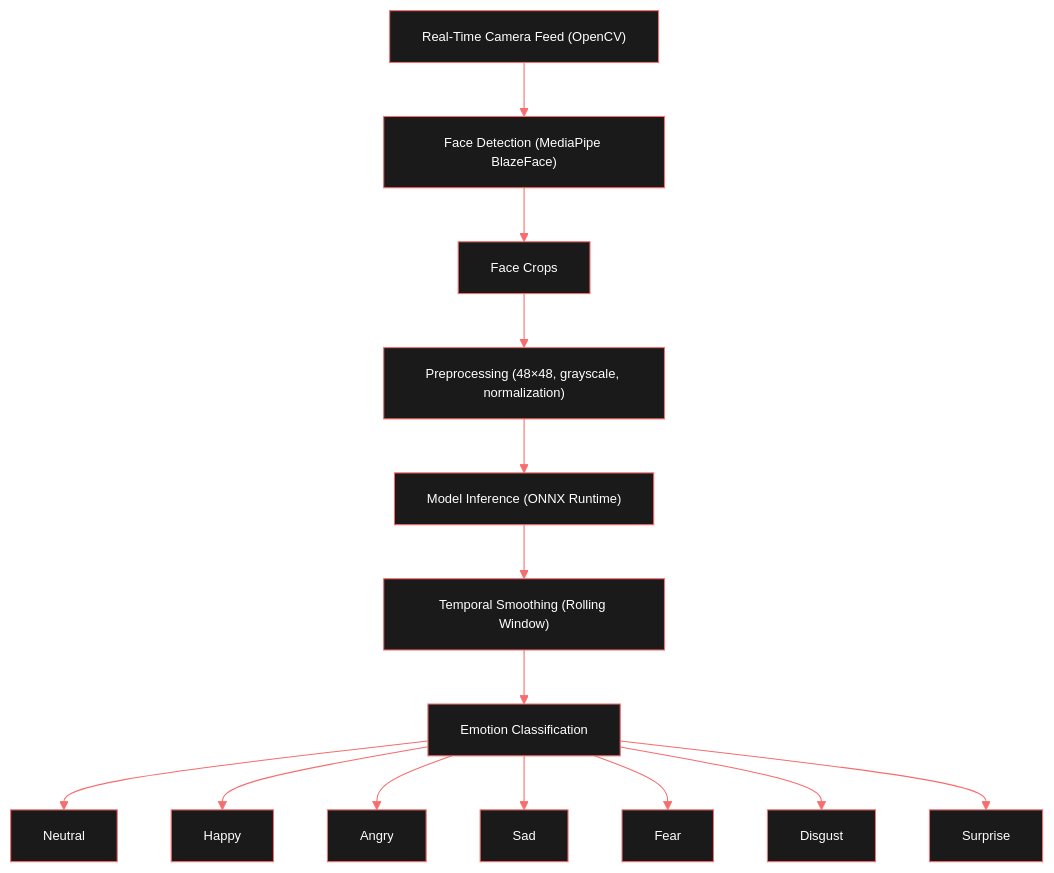
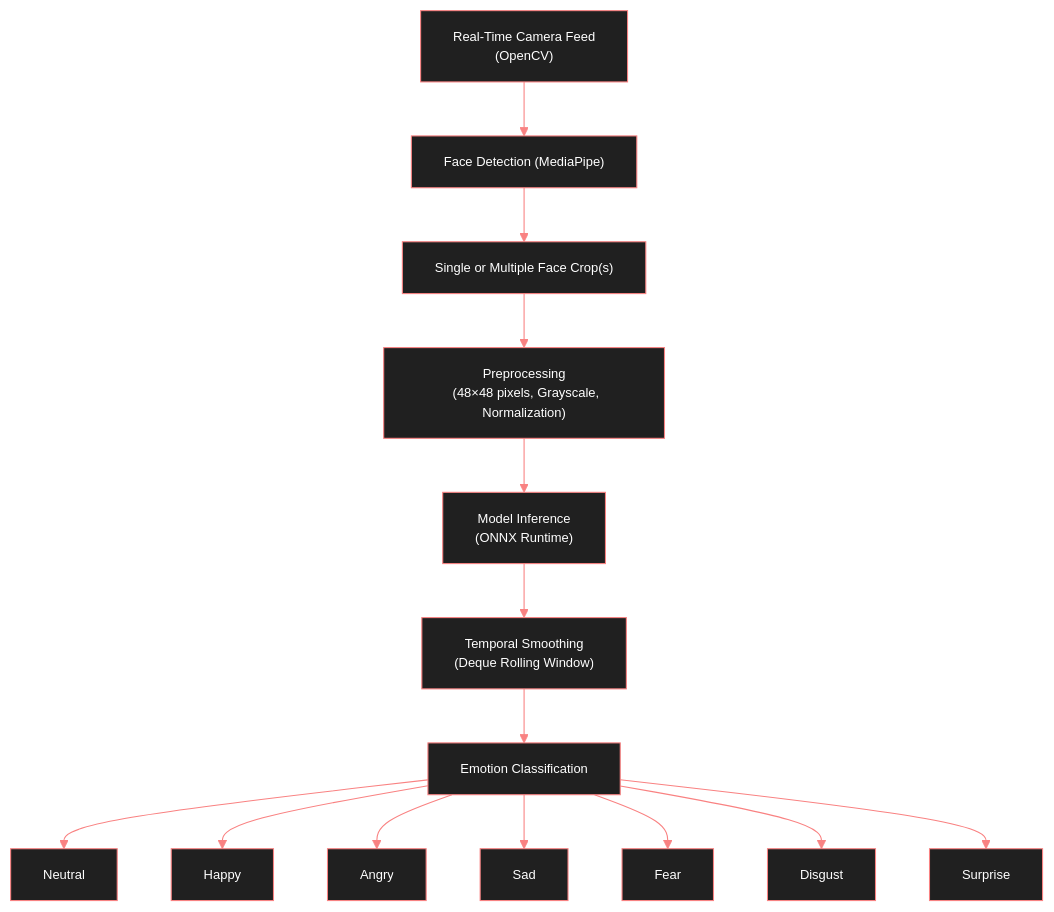
Before and after one commit to NkL-M/Real-Time-Facial-Emotion-Recognition: the diagram in README.md, drawn with Mermaid.

````diff
--- a/README.md
+++ b/README.md
@@ -147,25 +147,29 @@
 ```mermaid
 %%{init: {'theme':'base','themeVariables':{
-  'primaryColor':'#1a1a1a',
+  'primaryColor':'#202020',
   'primaryTextColor':'#ffffff',
-  'primaryBorderColor':'#f76c6c',
-  'lineColor':'#f76c6c',
+  'primaryBorderColor':'#f98282',
+  'lineColor':'#f98282',
   'fontFamily':'JetBrains Mono',
   'fontSize':'12px'
 }}}%%
 flowchart TB
-  P0["Real-Time Camera Feed (OpenCV)"]
-  P0 --> P1["Face Detection (MediaPipe BlazeFace)"]
-  P1 --> P2["Face Crops"]
-  P2 --> P3["Preprocessing (48×48, grayscale, normalization)"]
-  P3 --> P4["Model Inference (ONNX Runtime)"]
-  P4 --> P5["Temporal Smoothing (Rolling Window)"]
+  P0["Real-Time Camera Feed
+  (OpenCV)"]
+  P0 --> P1["Face Detection (MediaPipe)"]
+  P1 --> P2["Single or Multiple Face Crop(s)"]
+  P2 --> P3["Preprocessing
+  (48×48 pixels, Grayscale, Normalization)"]
+  P3 --> P4["Model Inference
+  (ONNX Runtime)"]
+  P4 --> P5["Temporal Smoothing
+  (Deque Rolling Window)"]
   P5 --> P6["Emotion Classification"]
   P6 --> P7["Neutral"]
   P6 --> P8["Happy"]
   P6 --> P9["Angry"]
   P6 --> P10["Sad"]
   P6 --> P11["Fear"]
   P6 --> P12["Disgust"]
   P6 --> P13["Surprise"]
 ```
````
